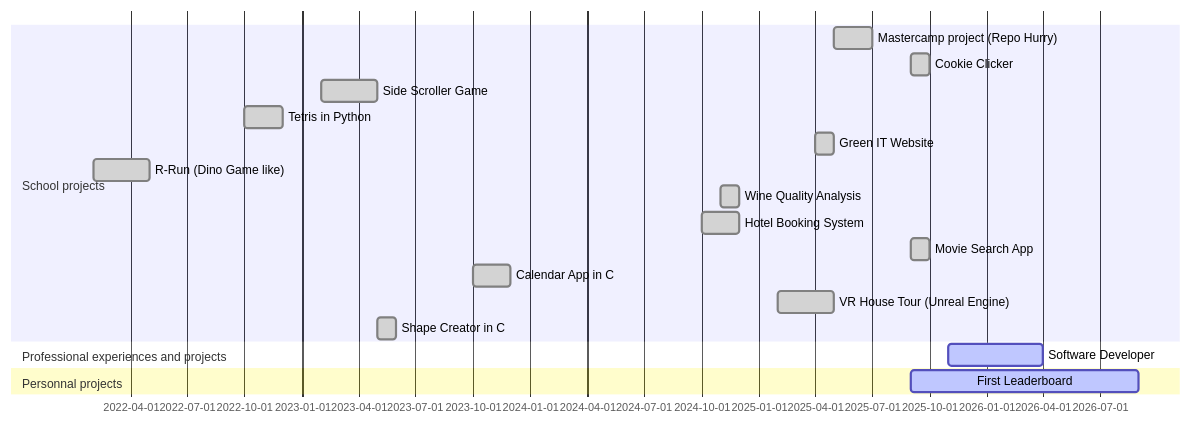
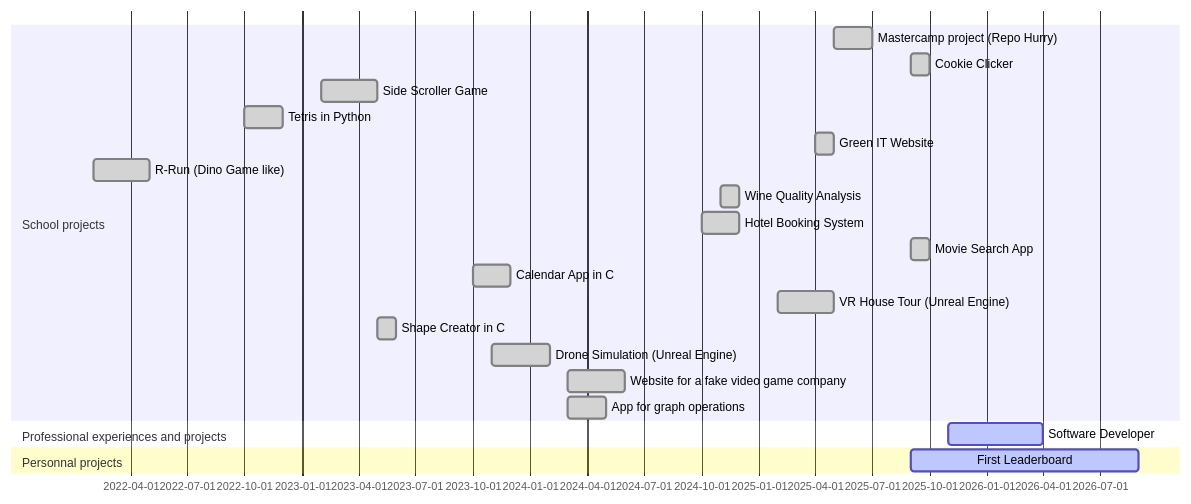
One commit to Rowuni/Rowuni changed the diagram in Readme.md. Above: the diagram before and after it, drawn with Mermaid. The commit also changed other lines of this file, not shown here.

Commit message:
Adding AE and updating roadmap

````diff
--- a/Readme.md
+++ b/Readme.md
@@ -183,21 +183,24 @@
 ```mermaid
 gantt
     section School projects
     Mastercamp project (Repo Hurry)       :done, 2025-05, 2025-07
     Cookie Clicker         :done, 2025-09, 2025-10
     Side Scroller Game       :done, 2023-02, 2023-05
     Tetris in Python       :done, 2022-10, 2022-12
     Green IT Website       :done, 2025-04, 2025-05
     R-Run (Dino Game like)       :done, 2022-02, 2022-05
     Wine Quality Analysis       :done, 2024-11, 2024-12
     Hotel Booking System       :done, 2024-10, 2024-12
     Movie Search App       :done, 2025-09, 2025-10
     Calendar App in C      :done, 2023-10, 2023-12
     VR House Tour (Unreal Engine)       :done, 2025-02, 2025-05
     Shape Creator in C       :done, 2023-05, 2023-06
+    Drone Simulation (Unreal Engine)       :done, 2023-11, 2024-02
+    Website for a fake video game company       :done, 2024-03, 2024-06
+    App for graph operations       :done, 2024-03, 2024-05
     dateFormat  YYYY-MM
     section Professional experiences and projects
     Software Developer           :active, 2025-11, 2026-04
     section Personnal projects
     First Leaderboard       :active, 2025-09, 2026-09
 ```
````
